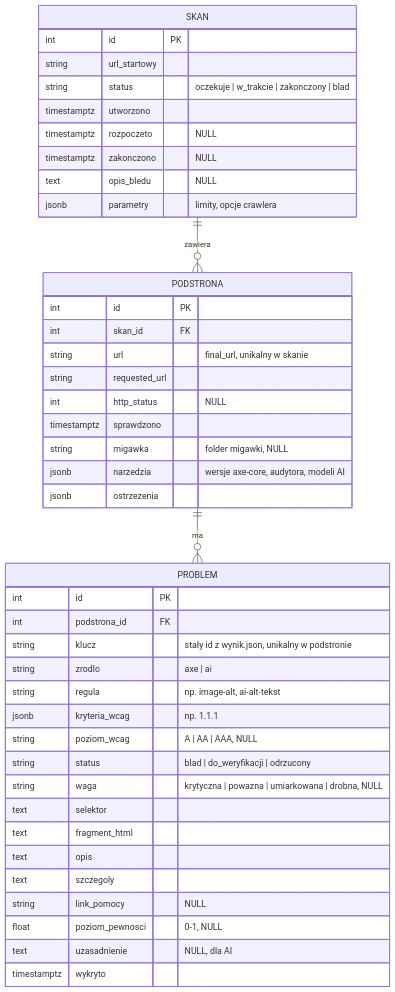
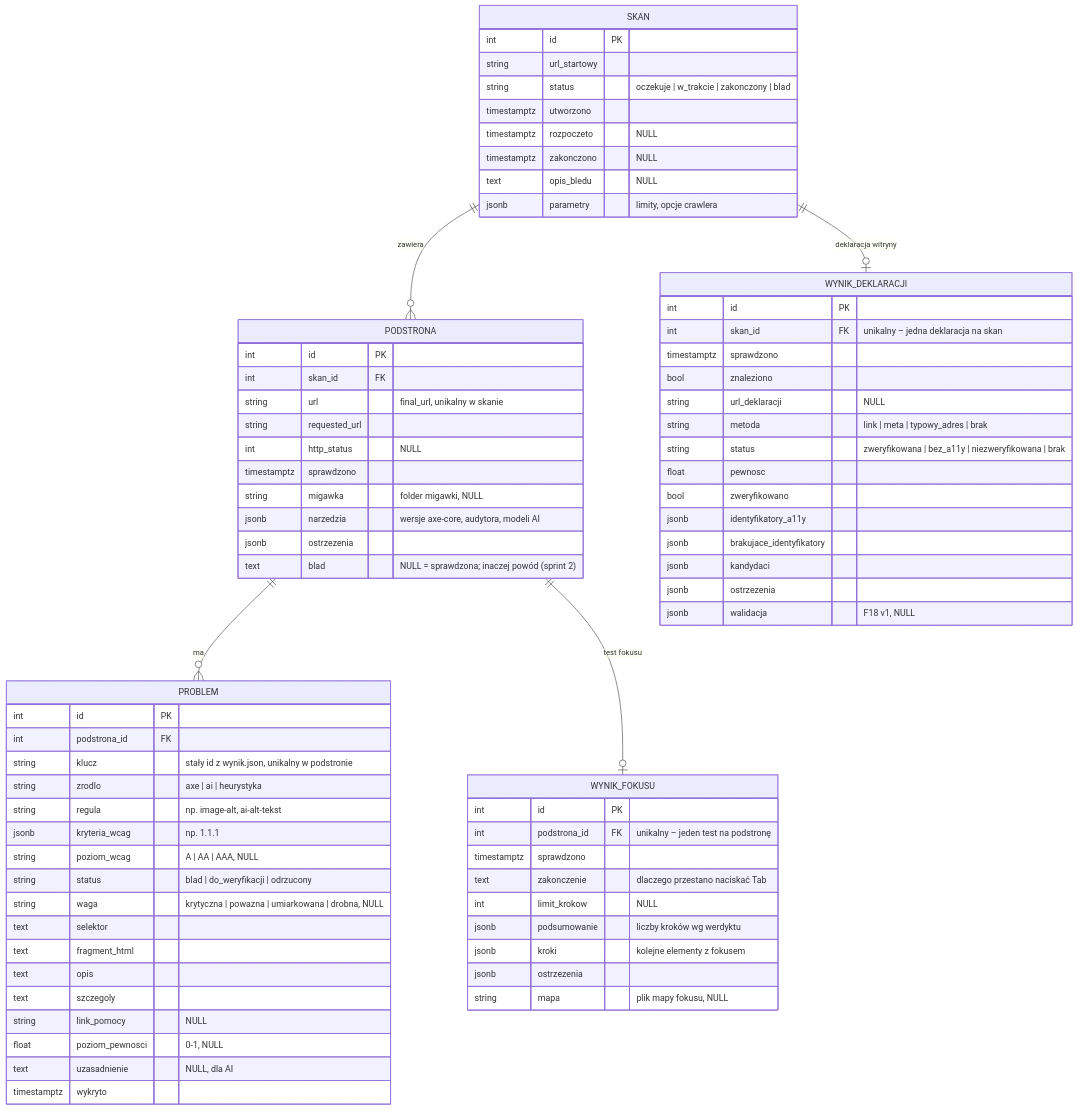
One commit to Shuft123/polski-audytor-wcag changed the diagram in docs/model-danych.md. Above: the diagram before and after it, drawn with Mermaid. The commit also changed other lines of this file and 25 other files, not shown here.

First line of the commit message:
F6, F7 (sprint 2): skan listy podstron w workerze, migracja 0002, źródło „heurystyka”, rozpoznanie PDF

````diff
--- a/docs/model-danych.md
+++ b/docs/model-danych.md
@@ -8,48 +8,80 @@
 ```mermaid
 erDiagram
     SKAN ||--o{ PODSTRONA : "zawiera"
     PODSTRONA ||--o{ PROBLEM : "ma"
+    PODSTRONA ||--o| WYNIK_FOKUSU : "test fokusu"
+    SKAN ||--o| WYNIK_DEKLARACJI : "deklaracja witryny"
 
     SKAN {
         int id PK
         string url_startowy
         string status "oczekuje | w_trakcie | zakonczony | blad"
         timestamptz utworzono
         timestamptz rozpoczeto "NULL"
         timestamptz zakonczono "NULL"
         text opis_bledu "NULL"
         jsonb parametry "limity, opcje crawlera"
     }
 
     PODSTRONA {
         int id PK
         int skan_id FK
         string url "final_url, unikalny w skanie"
         string requested_url
         int http_status "NULL"
         timestamptz sprawdzono
         string migawka "folder migawki, NULL"
         jsonb narzedzia "wersje axe-core, audytora, modeli AI"
         jsonb ostrzezenia
+        text blad "NULL = sprawdzona; inaczej powód (sprint 2)"
     }
 
     PROBLEM {
         int id PK
         int podstrona_id FK
         string klucz "stały id z wynik.json, unikalny w podstronie"
-        string zrodlo "axe | ai"
+        string zrodlo "axe | ai | heurystyka"
         string regula "np. image-alt, ai-alt-tekst"
         jsonb kryteria_wcag "np. 1.1.1"
         string poziom_wcag "A | AA | AAA, NULL"
         string status "blad | do_weryfikacji | odrzucony"
         string waga "krytyczna | powazna | umiarkowana | drobna, NULL"
         text selektor
         text fragment_html
         text opis
         text szczegoly
         string link_pomocy "NULL"
         float poziom_pewnosci "0-1, NULL"
         text uzasadnienie "NULL, dla AI"
         timestamptz wykryto
     }
+
+    WYNIK_FOKUSU {
+        int id PK
+        int podstrona_id FK "unikalny – jeden test na podstronę"
+        timestamptz sprawdzono
+        text zakonczenie "dlaczego przestano naciskać Tab"
+        int limit_krokow "NULL"
+        jsonb podsumowanie "liczby kroków wg werdyktu"
+        jsonb kroki "kolejne elementy z fokusem"
+        jsonb ostrzezenia
+        string mapa "plik mapy fokusu, NULL"
+    }
+
+    WYNIK_DEKLARACJI {
+        int id PK
+        int skan_id FK "unikalny – jedna deklaracja na skan"
+        timestamptz sprawdzono
+        bool znaleziono
+        string url_deklaracji "NULL"
+        string metoda "link | meta | typowy_adres | brak"
+        string status "zweryfikowana | bez_a11y | niezweryfikowana | brak"
+        float pewnosc
+        bool zweryfikowano
+        jsonb identyfikatory_a11y
+        jsonb brakujace_identyfikatory
+        jsonb kandydaci
+        jsonb ostrzezenia
+        jsonb walidacja "F18 v1, NULL"
+    }
 ```
````
